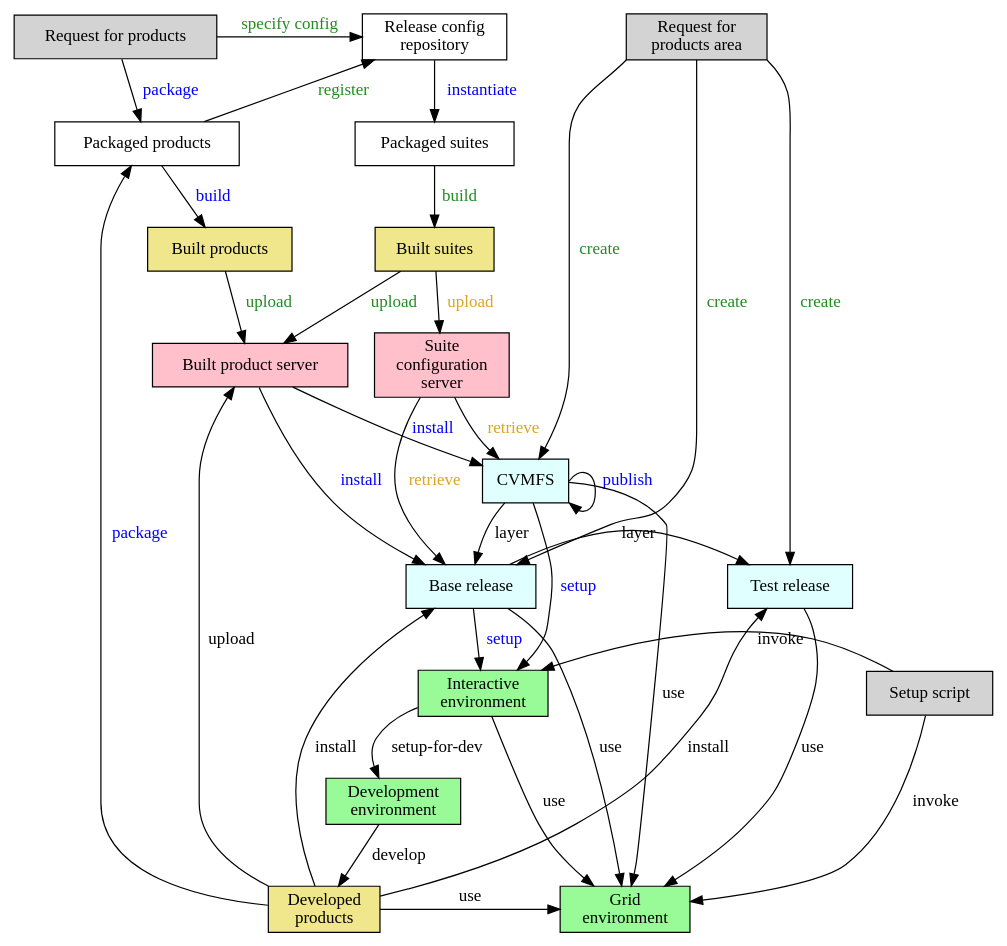
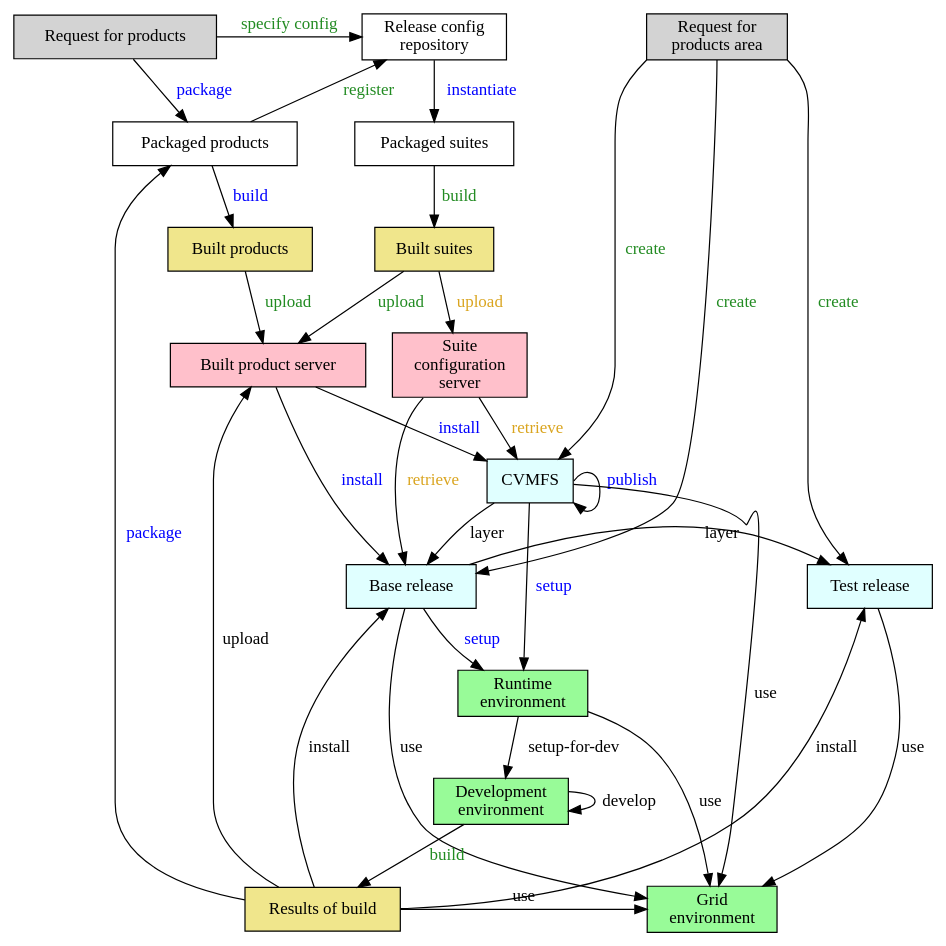
One commit to marcpaterno/spack_retreat changed the diagram in spack.gv. Above: the diagram before and after it, drawn with Graphviz.

Commit message:
Further tweaks.

```diff
--- a/spack.gv
+++ b/spack.gv
@@ -1,65 +1,62 @@
 digraph test {
 
   node [shape="rectangle"]
   nodesep=0.3
 
   request [label="Request for products", style=filled, fillcolor=lightgray]
   request_for_products_area [label="Request for\nproducts area", style=filled, fillcolor=lightgray]
   packaged_products [label="Packaged products"]
   scisoft [label="Built product server", style=filled, fillcolor=pink]
   suite_config_server [label="Suite\nconfiguration\nserver", style=filled, fillcolor=pink]
   build [label="Built products", style=filled, fillcolor=khaki]
   built_env [label="Built suites", style=filled, fillcolor=khaki]
   packaged_suites [label="Packaged suites"]
   release_config [label="Release config\nrepository"]
-  developed [label="Developed\nproducts", style=filled, fillcolor=khaki]
+  developed [label="Results of build", style=filled, fillcolor=khaki]
   local_install [label="Base release", style=filled, fillcolor=lightcyan]
   test_release [label="Test release", style=filled, fillcolor=lightcyan]
   CVMFS [style=filled, fillcolor=lightcyan]
-  interactive [label="Interactive\nenvironment", style=filled, fillcolor=palegreen]
+  runtime [label="Runtime\nenvironment", style=filled, fillcolor=palegreen]
   grid [label="Grid\nenvironment", style=filled, fillcolor=palegreen]
   development [label="Development\nenvironment", style=filled, fillcolor=palegreen]
-  setup [label="Setup script", style=filled, fillcolor=lightgray]
 
   { rank = same; developed; grid }
   { rank = same; packaged_products; packaged_suites }
   { rank = same; test_release; local_install; }
   { rank = same; suite_config_server; scisoft}
-  { rank = same; interactive; setup }
   { rank = same; request; release_config; request_for_products_area }
 
   CVMFS -> grid [label=" use", fontcolor=black]
-  CVMFS -> interactive [label=" setup", fontcolor=blue]
+  CVMFS -> runtime [label=" setup", fontcolor=blue]
   CVMFS -> local_install [label="layer", fontcolor=black]
   CVMFS:e -> CVMFS:se [label="publish", fontcolor=blue]
   build -> scisoft [label=" upload", fontcolor=forestgreen]
   local_install -> grid [label=" use", fontcolor=black]
-  local_install -> interactive [label=" setup", fontcolor=blue]
+  local_install -> runtime [label=" setup", fontcolor=blue]
   local_install -> test_release[label="layer", fontcolor=black]
   packaged_products -> build [label=" build", fontcolor=blue]
   packaged_products -> release_config [label="register", fontcolor=forestgreen]
   packaged_suites -> built_env [label=" build", fontcolor=forestgreen]
   built_env -> scisoft [label="upload", fontcolor=forestgreen]
   built_env -> suite_config_server [label=" upload", fontcolor=goldenrod]
   release_config -> packaged_suites [label = "instantiate", fontcolor=blue]
   request -> packaged_products [label="package", fontcolor=blue]
   request -> release_config [label="specify config", fontcolor=forestgreen]
   request_for_products_area:sw -> CVMFS [label=" create", fontcolor=forestgreen]
   request_for_products_area:s -> local_install [label=" create", fontcolor=forestgreen]
   request_for_products_area:se -> test_release [label=" create", fontcolor=forestgreen]
   scisoft -> CVMFS [label="install", fontcolor=blue]
   scisoft -> local_install [label="install", fontcolor=blue]
   suite_config_server -> CVMFS [label="retrieve", fontcolor=goldenrod]
   suite_config_server -> local_install [label="retrieve", fontcolor=goldenrod]
   test_release -> grid [label="use", fontcolor=black]
-  interactive -> development [label=" setup-for-dev", fontcolor=black]
-  interactive -> grid [label="use", fontcolor=black]
-  setup -> interactive [label=" invoke", fontcolor=black]
-  setup -> grid [label=" invoke", fontcolor=black]
-  development -> developed [label=" develop", fontcolor=black]
+  runtime -> development [label=" setup-for-dev", fontcolor=black]
+  runtime -> grid [label="use", fontcolor=black]
+  development -> development [label="develop", fontcolor=develop]
+  development -> developed [label=" build", fontcolor=forestgreen]
   developed -> local_install [label=" install", fontcolor=black]
   developed -> grid [label="use", fontcolor=black]
   developed -> scisoft [label=" upload", fontcolor=black]
   developed -> packaged_products [label=" package", fontcolor=blue]
   developed -> test_release [label="install", fontcolor=black]
 }
```
